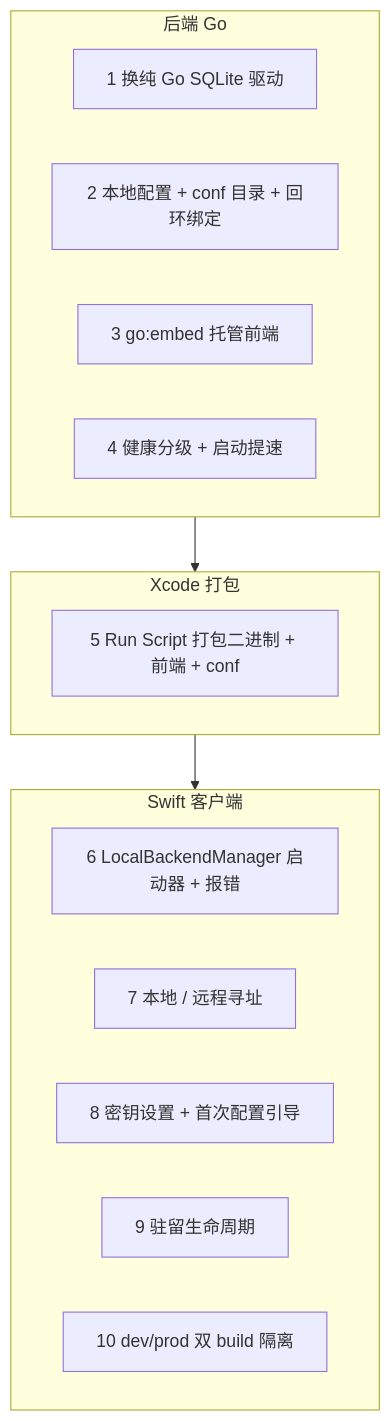
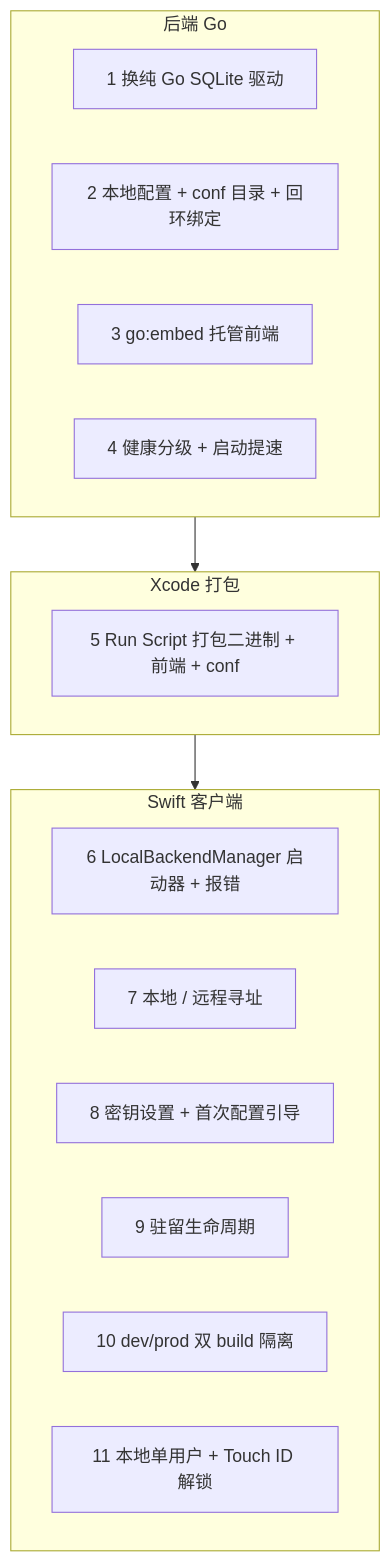
The seventh of 12 diagrams in docs/design/local-sqlite/design.md (xHanJiao/xhanHelper), drawn with Mermaid before and after one commit. The commit also changed other lines of this file and 1 other file, not shown here.

First line of the commit message:
docs(local-sqlite): 本地单用户 + Touch ID + 迁移剪枝

````diff
--- a/docs/design/local-sqlite/design.md
+++ b/docs/design/local-sqlite/design.md
@@ -210,20 +210,21 @@
 ```mermaid
 flowchart TB
     subgraph be["后端 Go"]
         C1[1 换纯 Go SQLite 驱动]
         C2[2 本地配置 + conf 目录 + 回环绑定]
         C3["3 go:embed 托管前端"]
         C4[4 健康分级 + 启动提速]
     end
     subgraph xc["Xcode 打包"]
         C5[5 Run Script 打包二进制 + 前端 + conf]
     end
     subgraph sw["Swift 客户端"]
         C6[6 LocalBackendManager 启动器 + 报错]
         C7[7 本地 / 远程寻址]
         C8[8 密钥设置 + 首次配置引导]
         C9[9 驻留生命周期]
         C10[10 dev/prod 双 build 隔离]
+        C11[11 本地单用户 + Touch ID 解锁]
     end
     be --> xc --> sw
 ```
````
